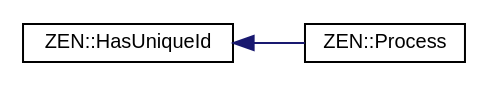
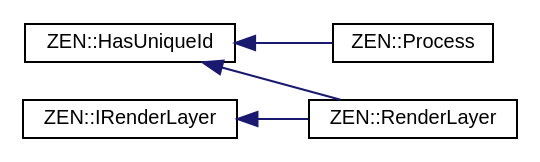
Before and after one commit to markhj/zeronetics: the diagram in inherit_graph_11.dot, drawn with Graphviz. The commit also changed 88 other files, not shown here.

```diff
--- a/inherit_graph_11.dot
+++ b/inherit_graph_11.dot
@@ -1,10 +1,14 @@
 digraph "Graphical Class Hierarchy"
 {
  // LATEX_PDF_SIZE
   edge [fontname="Helvetica",fontsize="10",labelfontname="Helvetica",labelfontsize="10"];
   node [fontname="Helvetica",fontsize="10",shape=record];
   rankdir="LR";
   Node0 [label="ZEN::HasUniqueId",height=0.2,width=0.4,color="black", fillcolor="white", style="filled",URL="$classZEN_1_1HasUniqueId.html",tooltip=" "];
   Node0 -> Node1 [dir="back",color="midnightblue",fontsize="10",style="solid",fontname="Helvetica"];
   Node1 [label="ZEN::Process",height=0.2,width=0.4,color="black", fillcolor="white", style="filled",URL="$classZEN_1_1Process.html",tooltip=" "];
+  Node0 -> Node2 [dir="back",color="midnightblue",fontsize="10",style="solid",fontname="Helvetica"];
+  Node2 [label="ZEN::RenderLayer",height=0.2,width=0.4,color="black", fillcolor="white", style="filled",URL="$classZEN_1_1RenderLayer.html",tooltip=" "];
+  Node34 [label="ZEN::IRenderLayer",height=0.2,width=0.4,color="black", fillcolor="white", style="filled",URL="$classZEN_1_1IRenderLayer.html",tooltip=" "];
+  Node34 -> Node2 [dir="back",color="midnightblue",fontsize="10",style="solid",fontname="Helvetica"];
 }
```
